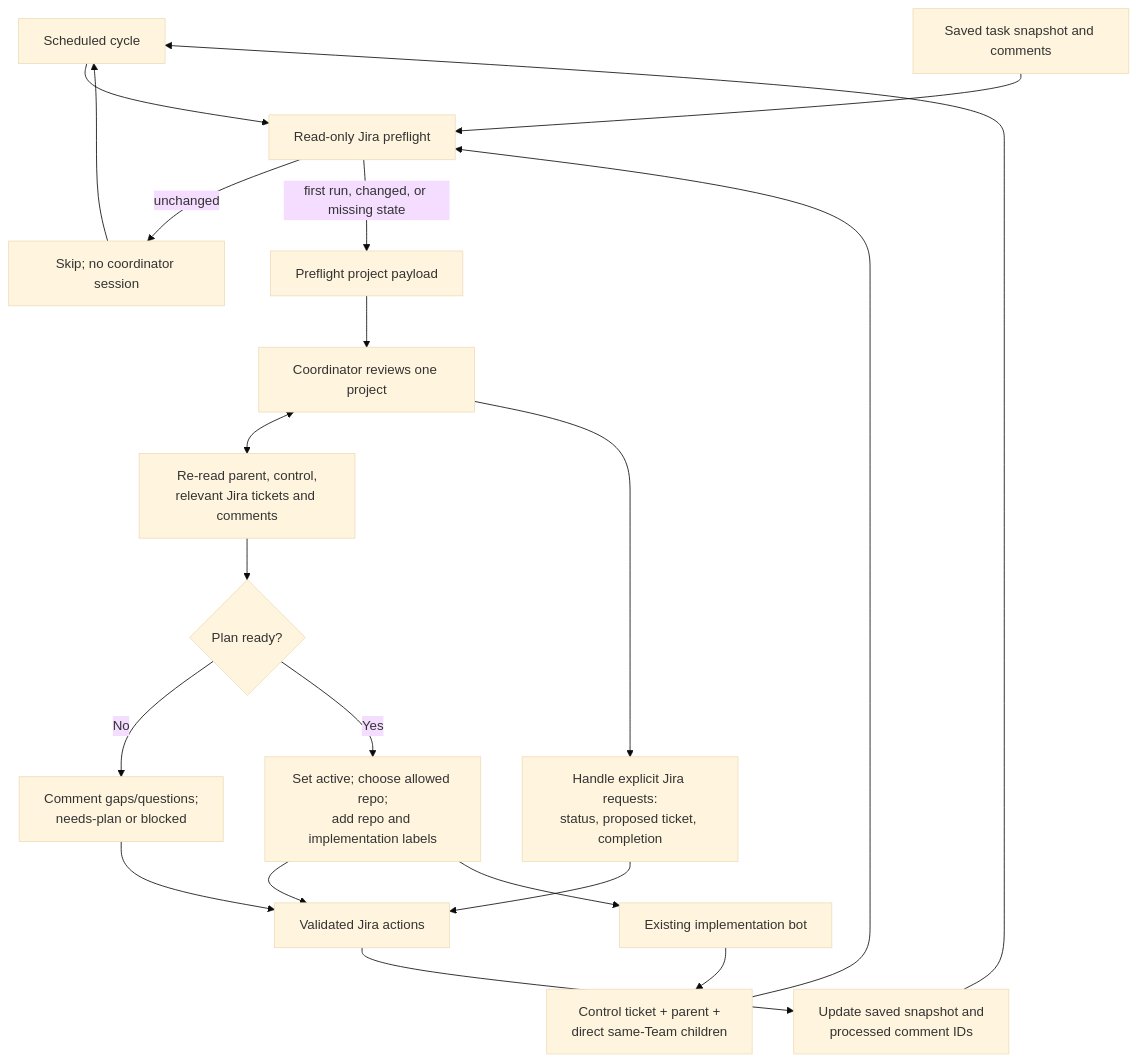
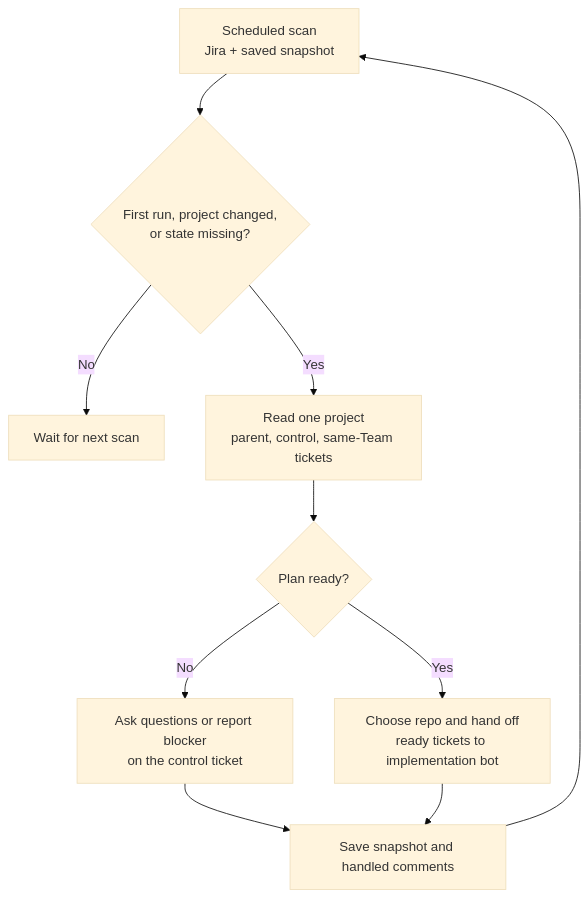
One commit to RedHatInsights/fabric-access-ai-dev changed the diagram in README.md. Above: the diagram before and after it, drawn with Mermaid (base theme). The commit also changed other lines of this file, not shown here.

Commit message:
docs(coordinator): simplify cycle guide

````diff
--- a/README.md
+++ b/README.md
@@ -122,22 +122,12 @@
 ```mermaid
 flowchart TD
-    S["Scheduled cycle"] --> P["Read-only Jira preflight"]
-    J["Control ticket + parent +<br/>direct same-Team children"] --> P
-    M["Saved task snapshot and comments"] --> P
-    P -->|unchanged| SKIP["Skip; no coordinator session"]
-    P -->|first run, changed, or missing state| PAYLOAD["Preflight project payload"]
-    PAYLOAD --> A["Coordinator reviews one project"]
-    A <--> R["Re-read parent, control,<br/>relevant Jira tickets and comments"]
+    S["Scheduled scan<br/>Jira + saved snapshot"] --> C{"First run, project changed,<br/>or state missing?"}
+    C -->|No| W["Wait for next scan"]
+    C -->|Yes| R["Read one project<br/>parent, control, same-Team tickets"]
     R --> G{"Plan ready?"}
-    G -->|No| Q["Comment gaps/questions;<br/>needs-plan or blocked"]
-    G -->|Yes| H["Set active; choose allowed repo;<br/>add repo and implementation labels"]
-    A --> C["Handle explicit Jira requests:<br/>status, proposed ticket, completion"]
-    Q --> W["Validated Jira actions"]
-    H --> W
-    C --> W
-    W --> U["Update saved snapshot and<br/>processed comment IDs"]
+    G -->|No| Q["Ask questions or report blocker<br/>on the control ticket"]
+    G -->|Yes| H["Choose repo and hand off<br/>ready tickets to implementation bot"]
+    Q --> U["Save snapshot and handled comments"]
+    H --> U
     U --> S
-    H --> I["Existing implementation bot"]
-    I --> J
-    SKIP --> S
 ```
````
